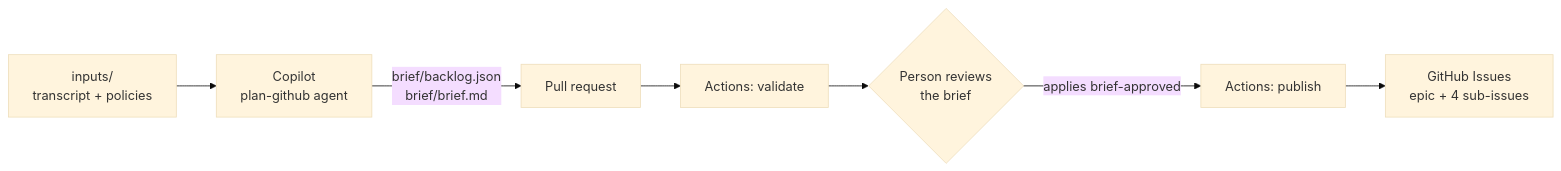
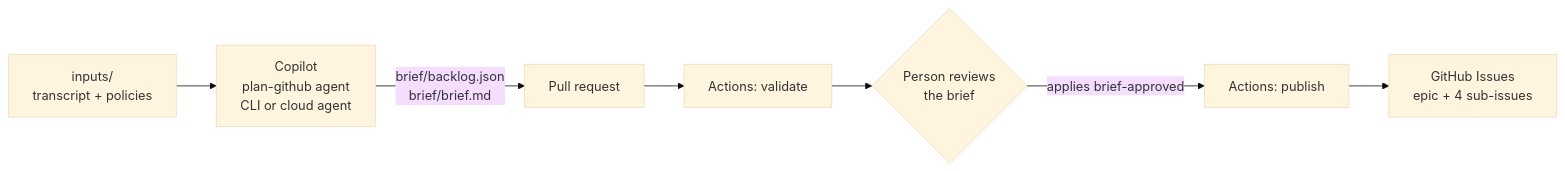
Before and after one commit to melabadi/adept-assessment-northstars: the diagram in solutions/01-plan-github/README.md, drawn with Mermaid (base theme). The commit also changed other lines of this file and 13 other files, not shown here.

First line of the commit message:
01-plan-github: screenshots from a live run, Before each session checklist

````diff
--- a/solutions/01-plan-github/README.md
+++ b/solutions/01-plan-github/README.md
@@ -18,9 +20,9 @@
 ```mermaid
 flowchart LR
-  T[inputs/<br/>transcript + policies] --> C[Copilot<br/>plan-github agent]
+  T[inputs/<br/>transcript + policies] --> C[Copilot<br/>plan-github agent<br/>CLI or cloud agent]
   C -->|brief/backlog.json<br/>brief/brief.md| PR[Pull request]
   PR --> V[Actions: validate]
   V --> H{Person reviews<br/>the brief}
   H -->|applies brief-approved| P[Actions: publish]
   P --> I[GitHub Issues<br/>epic + 4 sub-issues]
 ```
````
